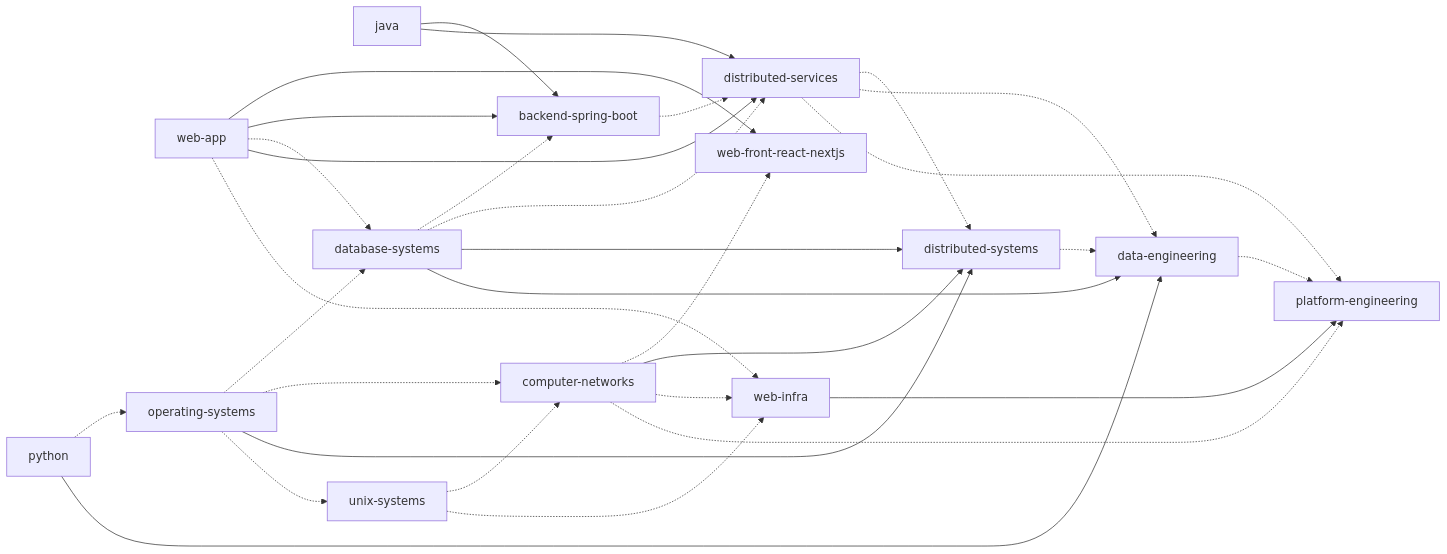
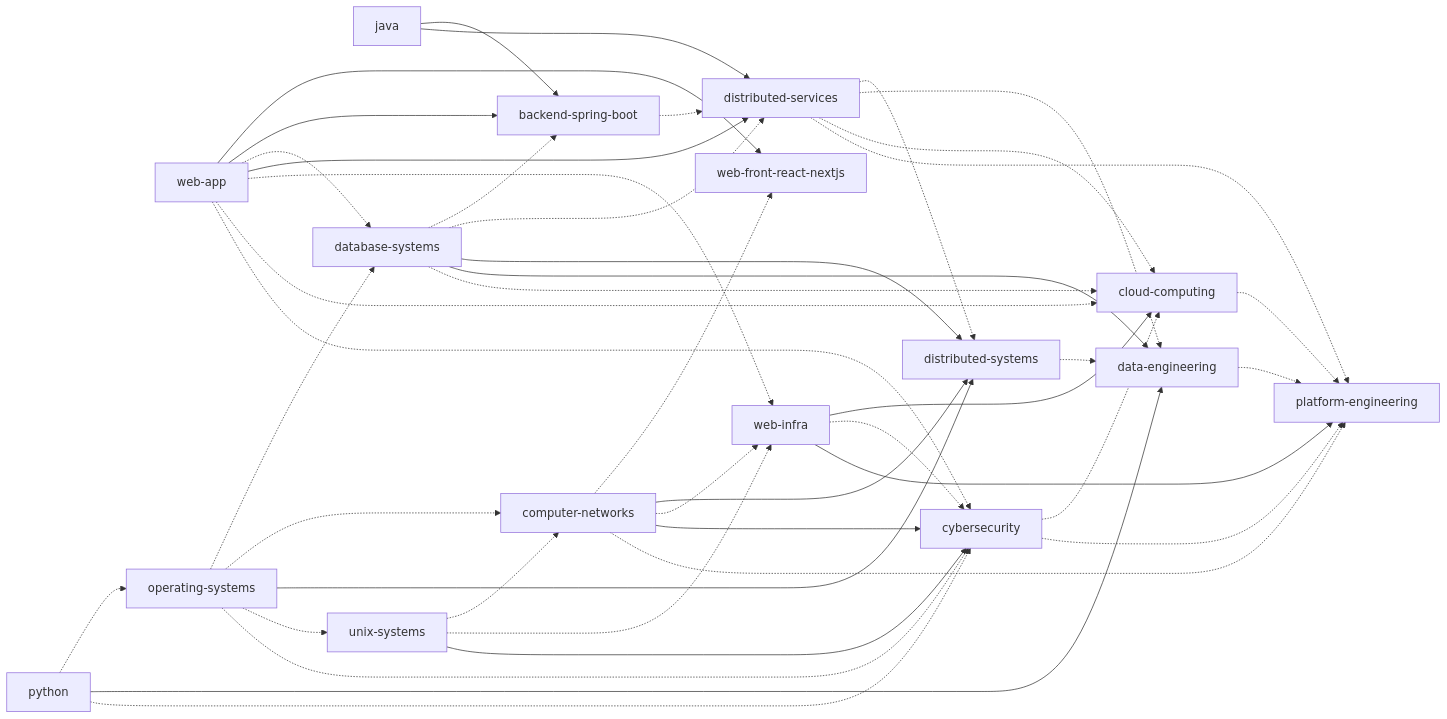
One commit to seungwoo7050/guides changed the second of 5 diagrams in docs/04-dependency-map.md. Above: the diagram before and after it, drawn with Mermaid. The commit also changed other lines of this file and 14 other files, not shown here.

Commit message:
feat(main): define cloud target-state roadmap

````diff
--- a/docs/04-dependency-map.md
+++ b/docs/04-dependency-map.md
@@ -135,47 +139,62 @@
 ```mermaid
 flowchart LR
   web_app["web-app"]
   web_front_react_nextjs["web-front-react-nextjs"]
   java["java"]
   backend_spring_boot["backend-spring-boot"]
   database_systems["database-systems"]
   distributed_services["distributed-services"]
   operating_systems["operating-systems"]
   computer_networks["computer-networks"]
   distributed_systems["distributed-systems"]
   python["python"]
   data_engineering["data-engineering"]
   unix_systems["unix-systems"]
   web_infra["web-infra"]
+  cloud_computing["cloud-computing"]
+  cybersecurity["cybersecurity"]
   platform_engineering["platform-engineering"]
   web_app --> web_front_react_nextjs
   computer_networks -.-> web_front_react_nextjs
   java --> backend_spring_boot
   web_app --> backend_spring_boot
   database_systems -.-> backend_spring_boot
   web_app -.-> database_systems
   operating_systems -.-> database_systems
   java --> distributed_services
   web_app --> distributed_services
   database_systems -.-> distributed_services
   backend_spring_boot -.-> distributed_services
   python -.-> operating_systems
   unix_systems -.-> computer_networks
   operating_systems -.-> computer_networks
   operating_systems --> distributed_systems
   computer_networks --> distributed_systems
   database_systems --> distributed_systems
   distributed_services -.-> distributed_systems
   python --> data_engineering
   database_systems --> data_engineering
   distributed_services -.-> data_engineering
   distributed_systems -.-> data_engineering
   operating_systems -.-> unix_systems
   unix_systems -.-> web_infra
   computer_networks -.-> web_infra
   web_app -.-> web_infra
+  web_infra --> cloud_computing
+  web_app -.-> cloud_computing
+  database_systems -.-> cloud_computing
+  distributed_services -.-> cloud_computing
+  cybersecurity -.-> cloud_computing
+  unix_systems --> cybersecurity
+  computer_networks --> cybersecurity
+  web_app -.-> cybersecurity
+  operating_systems -.-> cybersecurity
+  web_infra -.-> cybersecurity
+  python -.-> cybersecurity
   web_infra --> platform_engineering
   distributed_services -.-> platform_engineering
+  cybersecurity -.-> platform_engineering
   computer_networks -.-> platform_engineering
+  cloud_computing -.-> platform_engineering
   data_engineering -.-> platform_engineering
 ```
````
